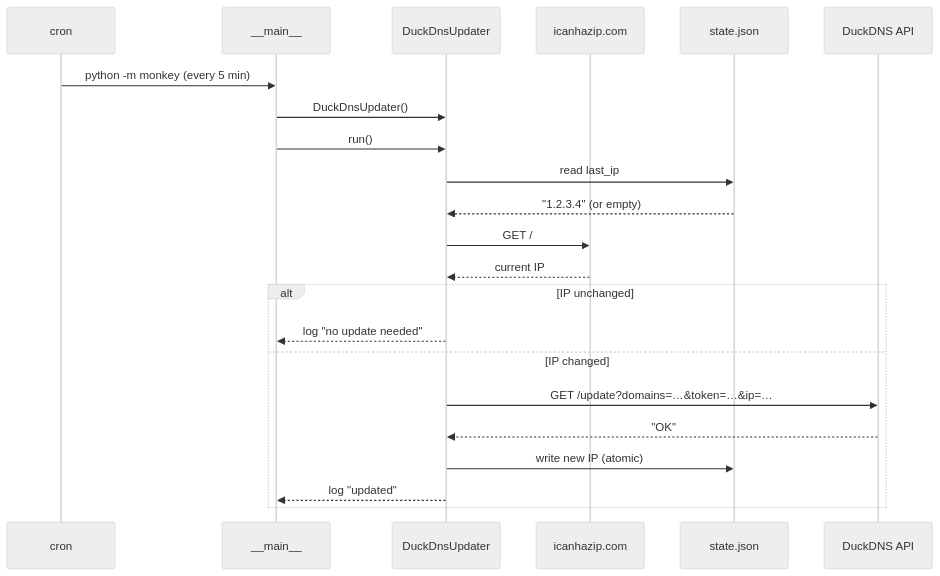
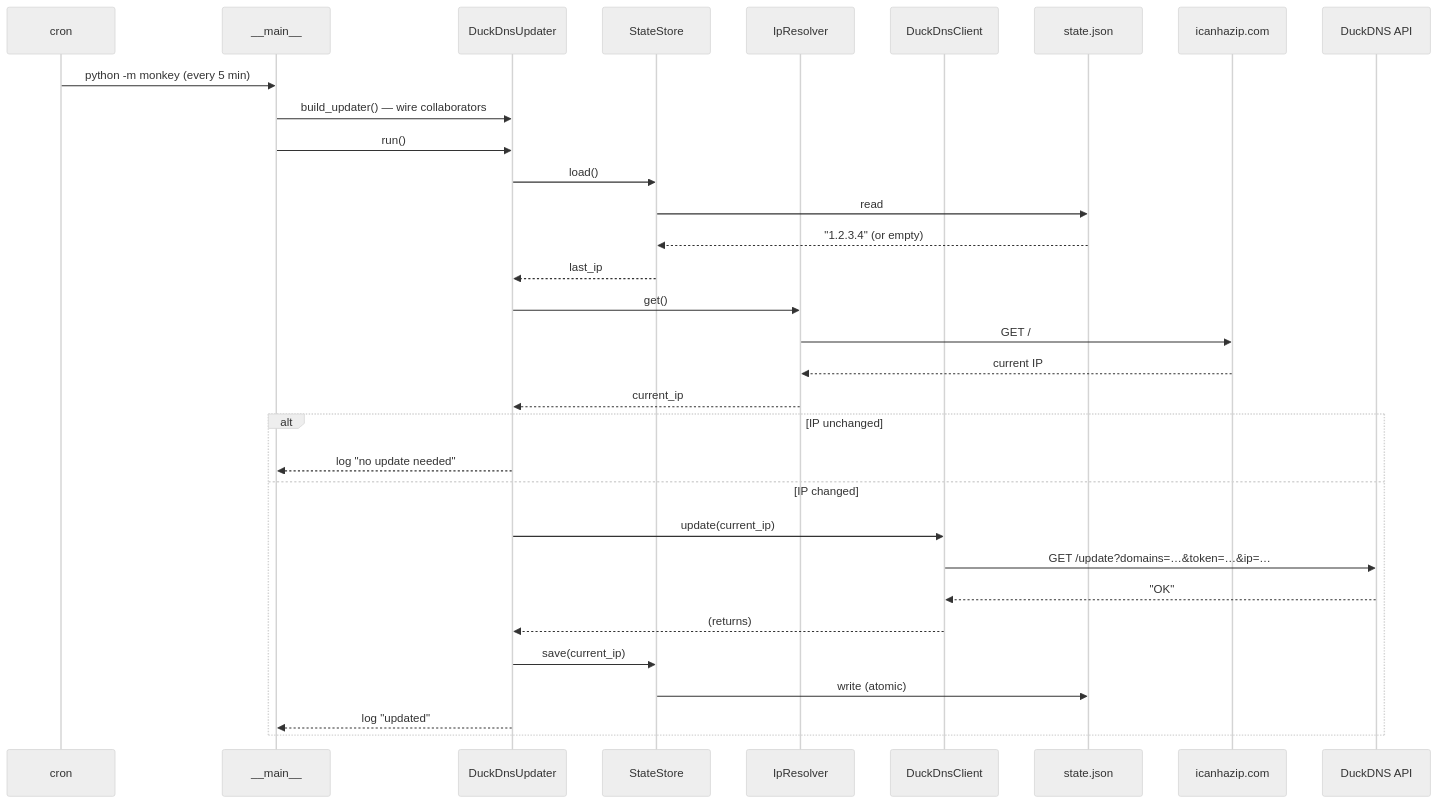
Before and after one commit to janrothen/ddns-update-monkey: the diagram in README.md, drawn with Mermaid (neutral theme). The commit also changed 10 other files, not shown here.

````diff
--- a/README.md
+++ b/README.md
@@ -26,27 +26,37 @@
 ```mermaid
 sequenceDiagram
     participant cron
     participant __main__
     participant DuckDnsUpdater
+    participant StateStore
+    participant IpResolver
+    participant DuckDnsClient
+    participant state.json
     participant icanhazip.com
-    participant state.json
     participant DuckDNS API
 
     cron->>__main__: python -m monkey (every 5 min)
-    __main__->>DuckDnsUpdater: DuckDnsUpdater()
+    __main__->>DuckDnsUpdater: build_updater() — wire collaborators
 
     __main__->>DuckDnsUpdater: run()
-    DuckDnsUpdater->>state.json: read last_ip
-    state.json-->>DuckDnsUpdater: "1.2.3.4" (or empty)
-    DuckDnsUpdater->>icanhazip.com: GET /
-    icanhazip.com-->>DuckDnsUpdater: current IP
+    DuckDnsUpdater->>StateStore: load()
+    StateStore->>state.json: read
+    state.json-->>StateStore: "1.2.3.4" (or empty)
+    StateStore-->>DuckDnsUpdater: last_ip
+    DuckDnsUpdater->>IpResolver: get()
+    IpResolver->>icanhazip.com: GET /
+    icanhazip.com-->>IpResolver: current IP
+    IpResolver-->>DuckDnsUpdater: current_ip
 
     alt IP unchanged
         DuckDnsUpdater-->>__main__: log "no update needed"
     else IP changed
-        DuckDnsUpdater->>DuckDNS API: GET /update?domains=…&token=…&ip=…
-        DuckDNS API-->>DuckDnsUpdater: "OK"
-        DuckDnsUpdater->>state.json: write new IP (atomic)
+        DuckDnsUpdater->>DuckDnsClient: update(current_ip)
+        DuckDnsClient->>DuckDNS API: GET /update?domains=…&token=…&ip=…
+        DuckDNS API-->>DuckDnsClient: "OK"
+        DuckDnsClient-->>DuckDnsUpdater: (returns)
+        DuckDnsUpdater->>StateStore: save(current_ip)
+        StateStore->>state.json: write (atomic)
         DuckDnsUpdater-->>__main__: log "updated"
     end
 ```
````
